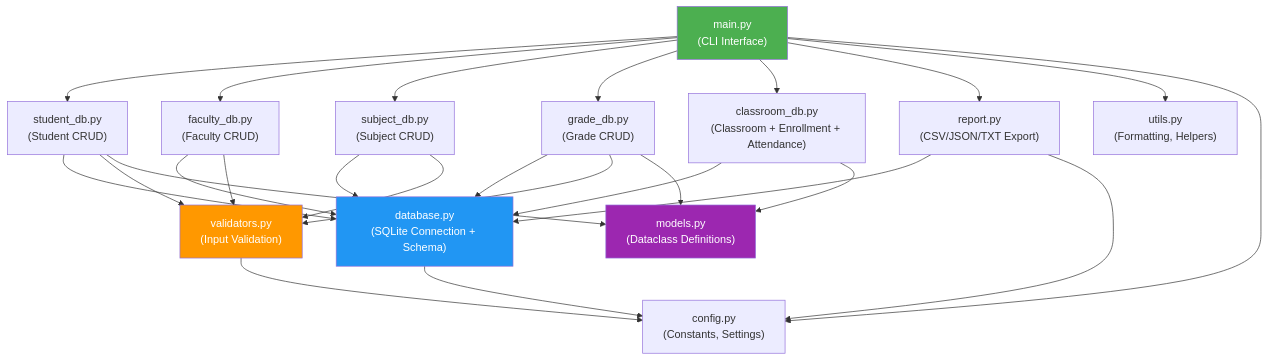
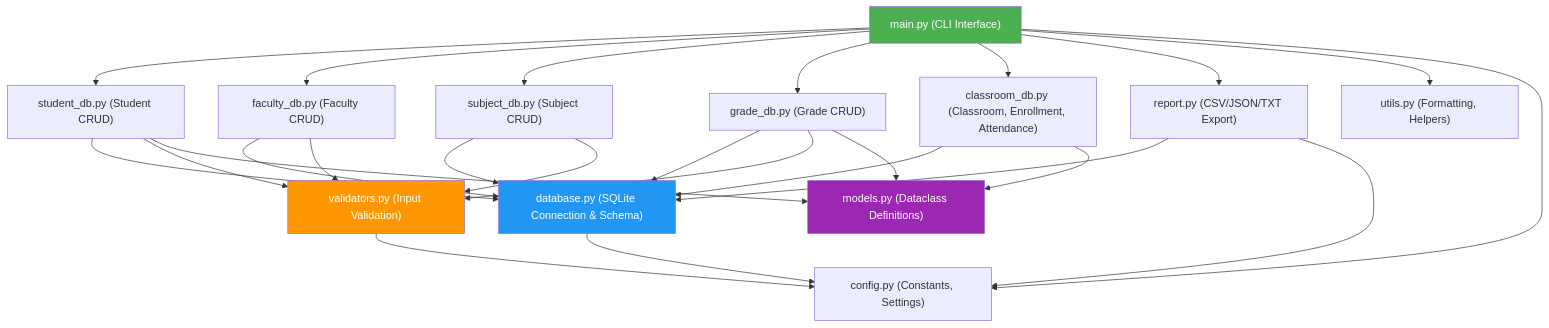
The diagram in sodo.md (VietHungPham17/Cac_cong_cu_trong_AI_lab2), drawn with Mermaid before and after one commit.

Commit message:
fix: remove html tags from mermaid diagram for github rendering

````diff
--- a/sodo.md
+++ b/sodo.md
@@ -4,37 +4,37 @@
 ```mermaid
 graph TD
-    A["main.py<br/>(CLI Interface)"] --> B["student_db.py<br/>(Student CRUD)"]
-    A --> C["faculty_db.py<br/>(Faculty CRUD)"]
-    A --> D["subject_db.py<br/>(Subject CRUD)"]
-    A --> E["grade_db.py<br/>(Grade CRUD)"]
-    A --> F["classroom_db.py<br/>(Classroom + Enrollment + Attendance)"]
-    A --> G["report.py<br/>(CSV/JSON/TXT Export)"]
+    A["main.py (CLI Interface)"] --> B["student_db.py (Student CRUD)"]
+    A --> C["faculty_db.py (Faculty CRUD)"]
+    A --> D["subject_db.py (Subject CRUD)"]
+    A --> E["grade_db.py (Grade CRUD)"]
+    A --> F["classroom_db.py (Classroom, Enrollment, Attendance)"]
+    A --> G["report.py (CSV/JSON/TXT Export)"]
     
-    B --> H["database.py<br/>(SQLite Connection + Schema)"]
+    B --> H["database.py (SQLite Connection & Schema)"]
     C --> H
     D --> H
     E --> H
     F --> H
     G --> H
     
-    B --> I["validators.py<br/>(Input Validation)"]
+    B --> I["validators.py (Input Validation)"]
     C --> I
     D --> I
     E --> I
     
-    B --> J["models.py<br/>(Dataclass Definitions)"]
+    B --> J["models.py (Dataclass Definitions)"]
     E --> J
     F --> J
     
-    A --> K["utils.py<br/>(Formatting, Helpers)"]
-    A --> L["config.py<br/>(Constants, Settings)"]
+    A --> K["utils.py (Formatting, Helpers)"]
+    A --> L["config.py (Constants, Settings)"]
     
     H --> L
     I --> L
     G --> L
 
     style A fill:#4CAF50,color:#fff
     style H fill:#2196F3,color:#fff
     style I fill:#FF9800,color:#fff
     style J fill:#9C27B0,color:#fff
 ```
````
